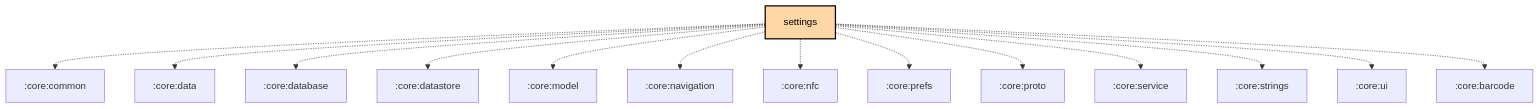
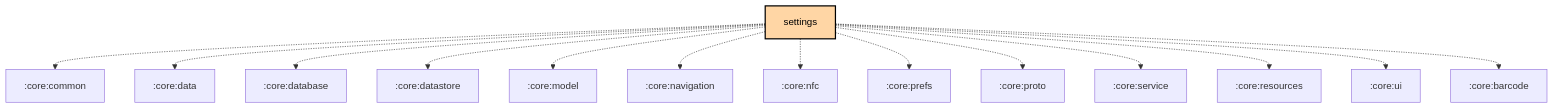
The diagram in feature/settings/README.md (meshtastic/Meshtastic-Android), drawn with Mermaid before and after one commit. The commit also changed 321 other files, not shown here.

````diff
--- a/feature/settings/README.md
+++ b/feature/settings/README.md
@@ -25,28 +25,28 @@
 ```mermaid
 graph TB
   :feature:settings[settings]:::android-feature
   :feature:settings -.-> :core:common
   :feature:settings -.-> :core:data
   :feature:settings -.-> :core:database
   :feature:settings -.-> :core:datastore
   :feature:settings -.-> :core:model
   :feature:settings -.-> :core:navigation
   :feature:settings -.-> :core:nfc
   :feature:settings -.-> :core:prefs
   :feature:settings -.-> :core:proto
   :feature:settings -.-> :core:service
-  :feature:settings -.-> :core:strings
+  :feature:settings -.-> :core:resources
   :feature:settings -.-> :core:ui
   :feature:settings -.-> :core:barcode
 
 classDef android-application fill:#CAFFBF,stroke:#000,stroke-width:2px,color:#000;
 classDef android-application-compose fill:#CAFFBF,stroke:#000,stroke-width:2px,color:#000;
 classDef android-feature fill:#FFD6A5,stroke:#000,stroke-width:2px,color:#000;
 classDef android-library fill:#9BF6FF,stroke:#000,stroke-width:2px,color:#000;
 classDef android-library-compose fill:#9BF6FF,stroke:#000,stroke-width:2px,color:#000;
 classDef android-test fill:#A0C4FF,stroke:#000,stroke-width:2px,color:#000;
 classDef jvm-library fill:#BDB2FF,stroke:#000,stroke-width:2px,color:#000;
 classDef kmp-library fill:#FFC1CC,stroke:#000,stroke-width:2px,color:#000;
 classDef unknown fill:#FFADAD,stroke:#000,stroke-width:2px,color:#000;
 
 ```
````
